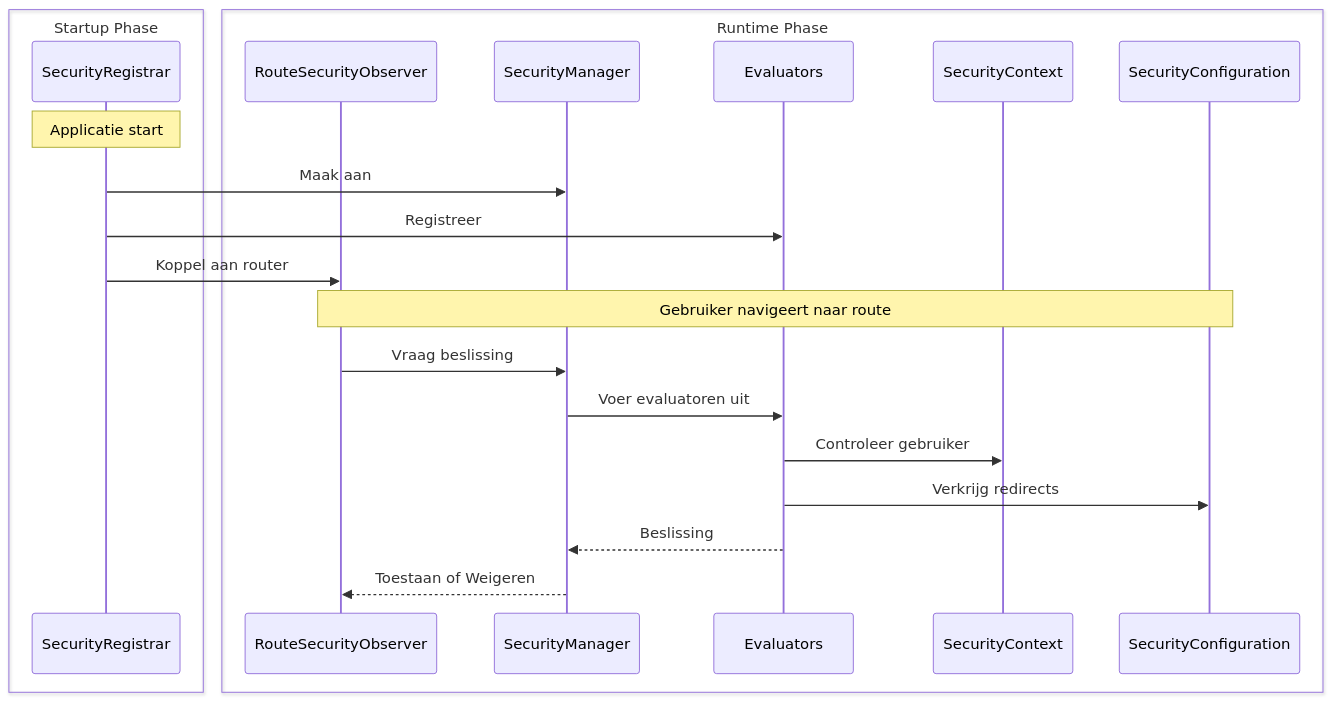
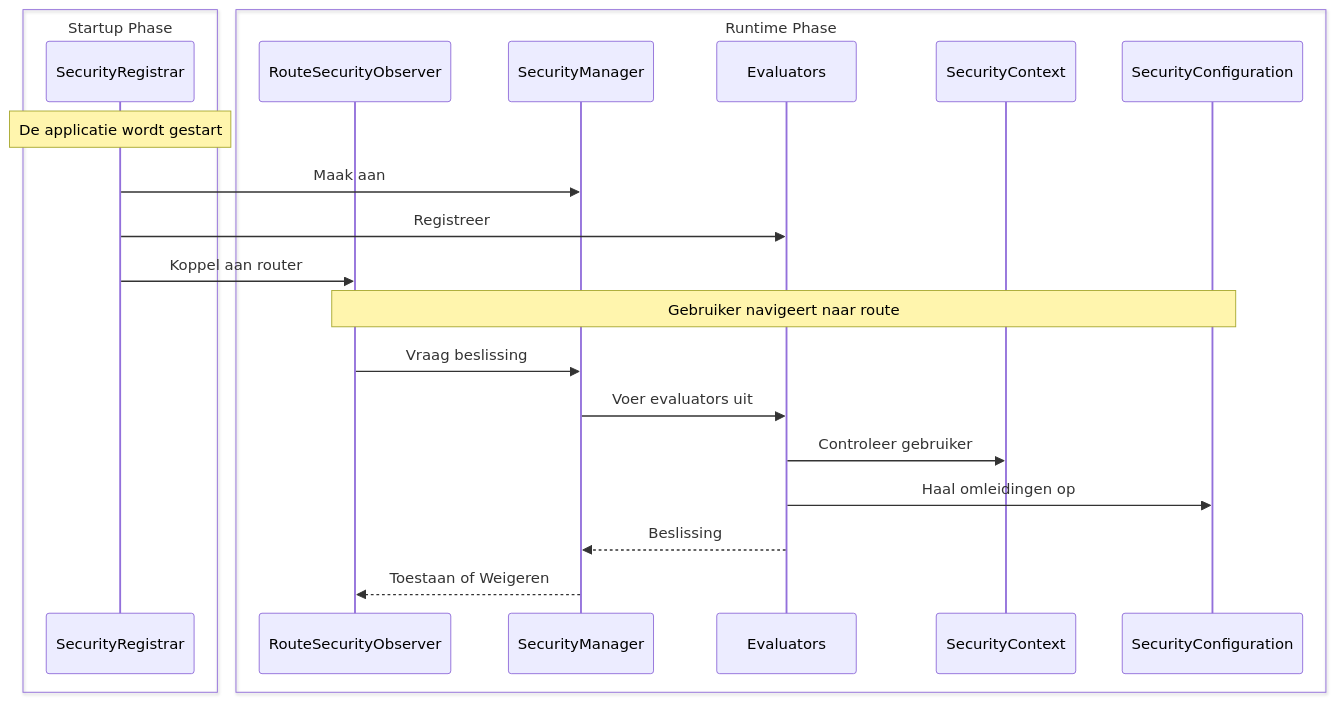
Before and after one commit to webforj/webforj-documentation: the diagram in docs/i18n/nl/docusaurus-plugin-content-docs/current/security/architecture/custom-implementation.md, drawn with Mermaid. The commit also changed other lines of this file and 389 other files, not shown here.

````diff
--- a/docs/i18n/nl/docusaurus-plugin-content-docs/current/security/architecture/custom-implementation.md
+++ b/docs/i18n/nl/docusaurus-plugin-content-docs/current/security/architecture/custom-implementation.md
@@ -25,26 +25,26 @@
 ```mermaid
 sequenceDiagram
-    box Startup Phase
-    participant Registrar as SecurityRegistrar
-    end
-    box Runtime Phase
-    participant Observer as RouteSecurityObserver
-    participant Manager as SecurityManager
-    participant Evaluators
-    participant Context as SecurityContext
-    participant Config as SecurityConfiguration
-    end
+  box Startup Phase
+  participant Registrar as SecurityRegistrar
+  end
+  box Runtime Phase
+  participant Observer as RouteSecurityObserver
+  participant Manager as SecurityManager
+  participant Evaluators
+  participant Context as SecurityContext
+  participant Config as SecurityConfiguration
+  end
 
-    Note over Registrar: Applicatie start
-    Registrar->>Manager: Maak aan
-    Registrar->>Evaluators: Registreer
-    Registrar->>Observer: Koppel aan router
+  Note over Registrar: De applicatie wordt gestart
+  Registrar->>Manager: Maak aan
+  Registrar->>Evaluators: Registreer
+  Registrar->>Observer: Koppel aan router
 
-    Note over Observer,Config: Gebruiker navigeert naar route
-    Observer->>Manager: Vraag beslissing
-    Manager->>Evaluators: Voer evaluatoren uit
-    Evaluators->>Context: Controleer gebruiker
-    Evaluators->>Config: Verkrijg redirects
-    Evaluators-->>Manager: Beslissing
-    Manager-->>Observer: Toestaan of Weigeren
+  Note over Observer,Config: Gebruiker navigeert naar route
+  Observer->>Manager: Vraag beslissing
+  Manager->>Evaluators: Voer evaluators uit
+  Evaluators->>Context: Controleer gebruiker
+  Evaluators->>Config: Haal omleidingen op
+  Evaluators-->>Manager: Beslissing
+  Manager-->>Observer: Toestaan of Weigeren
 ```
````
